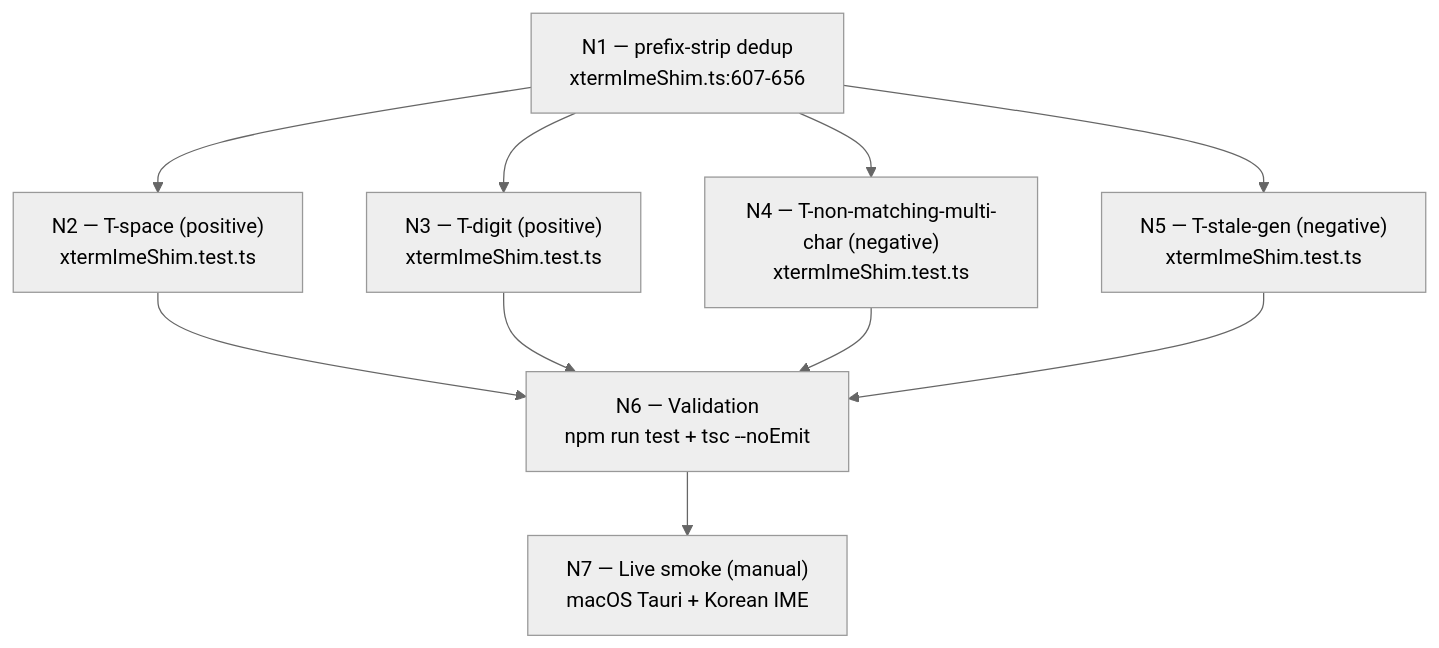
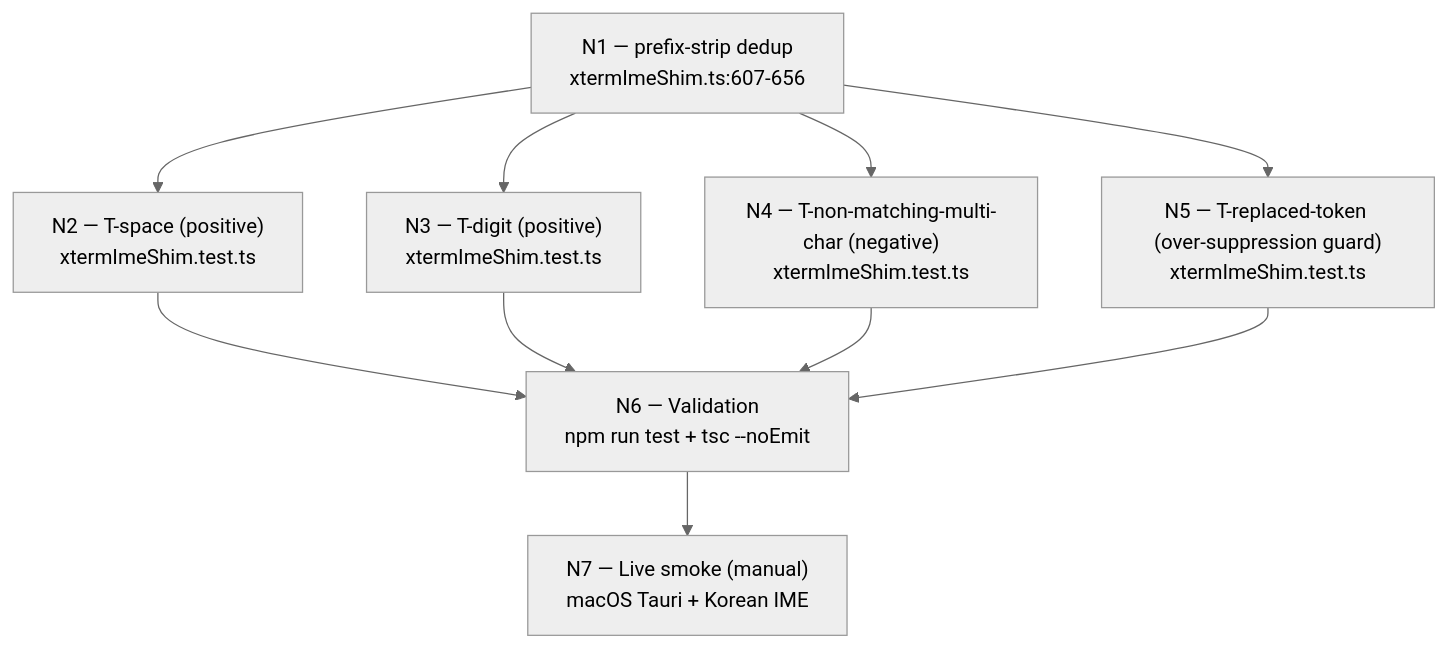
Before and after one commit to yes506/canvas-terminal: the diagram in plan.mmd, drawn with Mermaid (neutral theme). The commit also changed 1 other file, not shown here.

```diff
--- a/plan.mmd
+++ b/plan.mmd
@@ -1,18 +1,18 @@
 flowchart TD
   N1["N1 — prefix-strip dedup<br/>xtermImeShim.ts:607-656"]
   N2["N2 — T-space (positive)<br/>xtermImeShim.test.ts"]
   N3["N3 — T-digit (positive)<br/>xtermImeShim.test.ts"]
   N4["N4 — T-non-matching-multi-char (negative)<br/>xtermImeShim.test.ts"]
-  N5["N5 — T-stale-gen (negative)<br/>xtermImeShim.test.ts"]
+  N5["N5 — T-replaced-token (over-suppression guard)<br/>xtermImeShim.test.ts"]
   N6["N6 — Validation<br/>npm run test + tsc --noEmit"]
   N7["N7 — Live smoke (manual)<br/>macOS Tauri + Korean IME"]
 
   N1 --> N2
   N1 --> N3
   N1 --> N4
   N1 --> N5
   N2 --> N6
   N3 --> N6
   N4 --> N6
   N5 --> N6
   N6 --> N7
```
